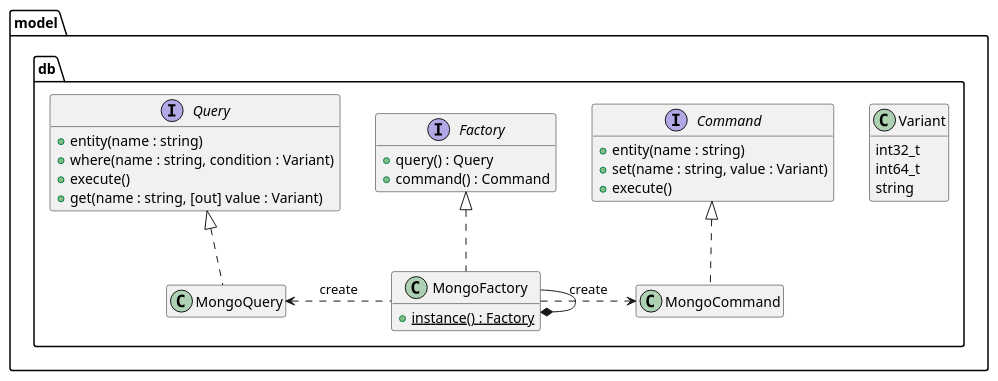
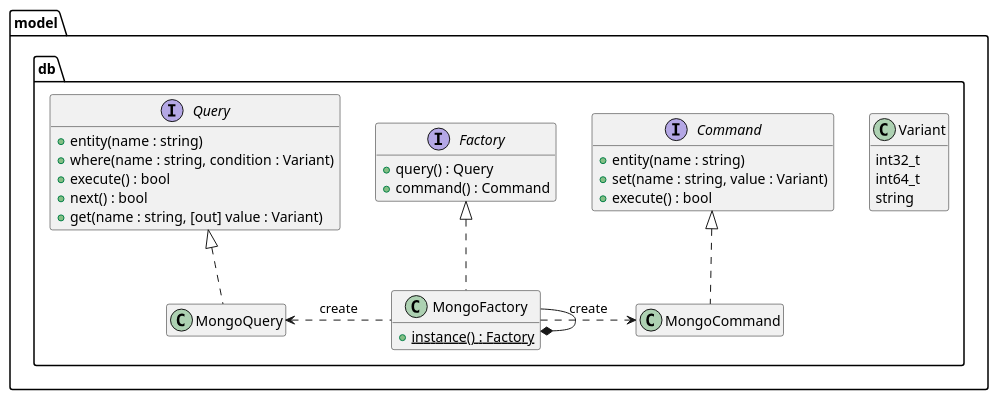
One commit to bonewell/moneybox changed the diagram in uml/db-wrapper-class.puml. Above: the diagram before and after it, drawn with PlantUML. The commit also changed 9 other files, not shown here.

```diff
--- a/uml/db-wrapper-class.puml
+++ b/uml/db-wrapper-class.puml
@@ -1,38 +1,39 @@
 @startuml
 hide empty members
 namespace model.db {
     class Variant {
         int32_t
         int64_t
         string
     }
     interface Query {
         + entity(name : string)
         + where(name : string, condition : Variant)
-        + execute()
+        + execute() : bool
+        + next() : bool
         + get(name : string, [out] value : Variant)
     }
     interface Factory {
         + query() : Query
         + command() : Command
     }
     interface Command {
         + entity(name : string)
         + set(name : string, value : Variant)
-        + execute()
+        + execute() : bool
     }
     class MongoQuery
     class MongoFactory {
         + {static} instance() : Factory
     }
     class MongoCommand
 
 
     Query <|.. MongoQuery
     Factory <|.. MongoFactory
     MongoFactory -* MongoFactory
     Command <|.. MongoCommand
     MongoQuery <. MongoFactory : create
     MongoFactory .> MongoCommand : create
 }
 @enduml
```
